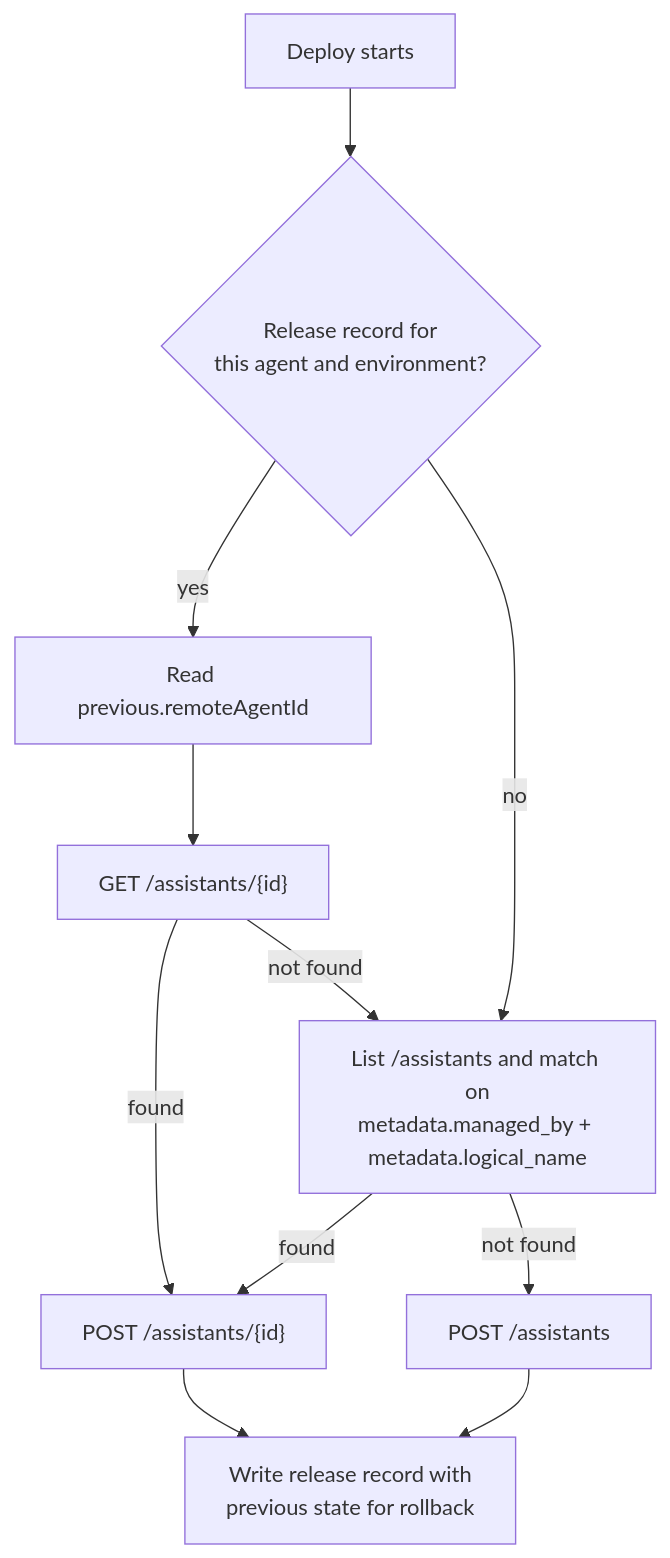
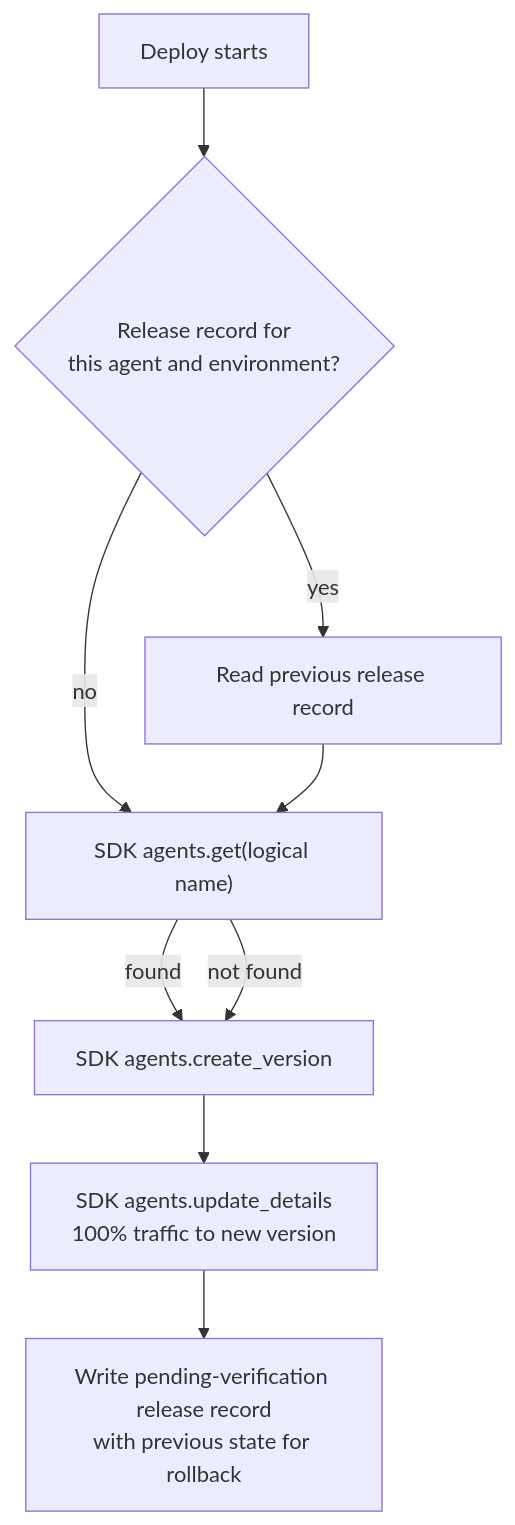
The second of 2 diagrams in docs/deployment-patterns.md (rob-mckenna/foundry-prompt-agent-cicd-accelerator), drawn with Mermaid before and after one commit. The commit also changed other lines of this file and 56 other files, not shown here.

First line of the commit message:
feat: migrate Foundry SDK and strengthen release safeguards

````diff
--- a/docs/deployment-patterns.md
+++ b/docs/deployment-patterns.md
@@ -143,13 +146,11 @@
 ```mermaid
 flowchart TB
     S["Deploy starts"] --> R{"Release record for<br/>this agent and environment?"}
-    R -->|yes| ID["Read previous.remoteAgentId"]
-    R -->|no| SCAN
-    ID --> GET["GET /assistants/{id}"]
-    GET -->|found| UPD["POST /assistants/{id}"]
-    GET -->|not found| SCAN["List /assistants and match on<br/>metadata.managed_by + metadata.logical_name"]
-    SCAN -->|found| UPD
-    SCAN -->|not found| NEW["POST /assistants"]
-    UPD --> REC["Write release record with<br/>previous state for rollback"]
-    NEW --> REC
+    R -->|yes| PREV["Read previous release record"]
+    R -->|no| LOOKUP
+    PREV --> LOOKUP["SDK agents.get(logical name)"]
+    LOOKUP -->|found| VER["SDK agents.create_version"]
+    LOOKUP -->|not found| VER
+    VER --> ACT["SDK agents.update_details<br/>100% traffic to new version"]
+    ACT --> REC["Write pending-verification release record<br/>with previous state for rollback"]
 ```
````
